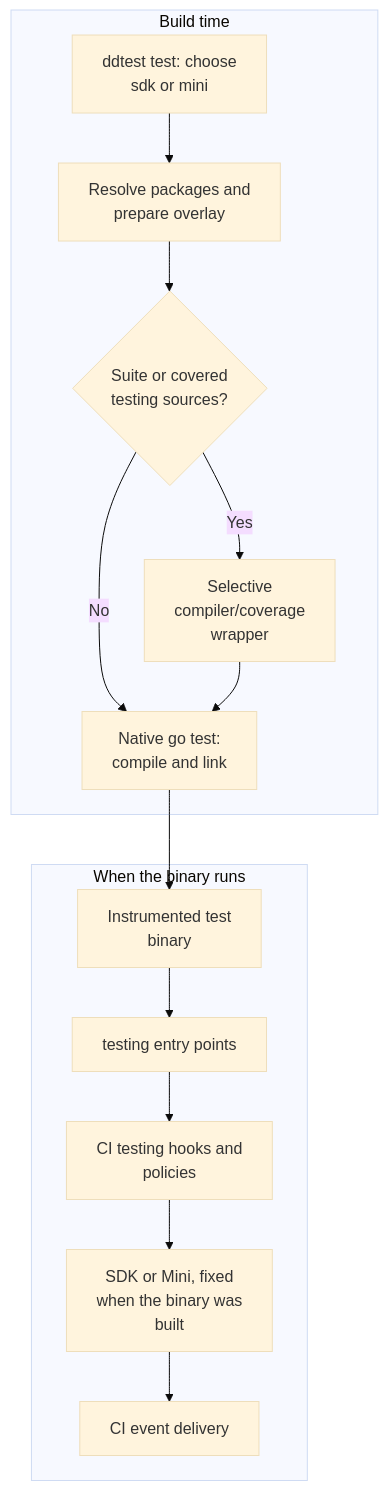
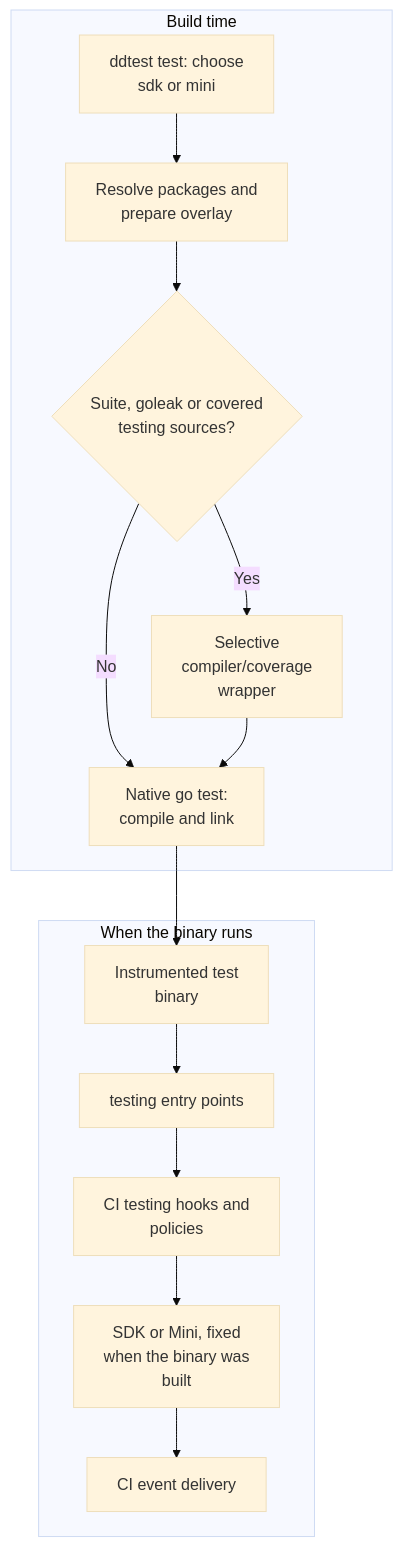
Before and after one commit to tonyredondo/dd-ci-testing-poc: the first of 6 diagrams in docs/architecture.md, drawn with Mermaid (base theme). The commit also changed other lines of this file and 106 other files, not shown here.

````diff
--- a/docs/architecture.md
+++ b/docs/architecture.md
@@ -19,17 +19,17 @@
 ```mermaid
 flowchart TB
     subgraph build["Build time"]
         CLI["ddtest test: choose<br/>sdk or mini"] --> Plan["Resolve packages and<br/>prepare overlay"]
-        Plan --> Selection{"Suite or covered<br/>testing sources?"}
+        Plan --> Selection{"Suite, goleak or covered<br/>testing sources?"}
         Selection -->|Yes| Tools["Selective<br/>compiler/coverage<br/>wrapper"]
         Selection -->|No| Go["Native go test:<br/>compile and link"]
         Tools --> Go
     end
     Go --> Binary["Instrumented test<br/>binary"]
     subgraph execution["When the binary runs"]
         Binary --> Testing["testing entry points"]
         Testing --> Hooks["CI testing hooks and<br/>policies"]
         Hooks --> Runtime["SDK or Mini, fixed<br/>when the binary was<br/>built"]
         Runtime --> Output["CI event delivery"]
     end
 ```
````
